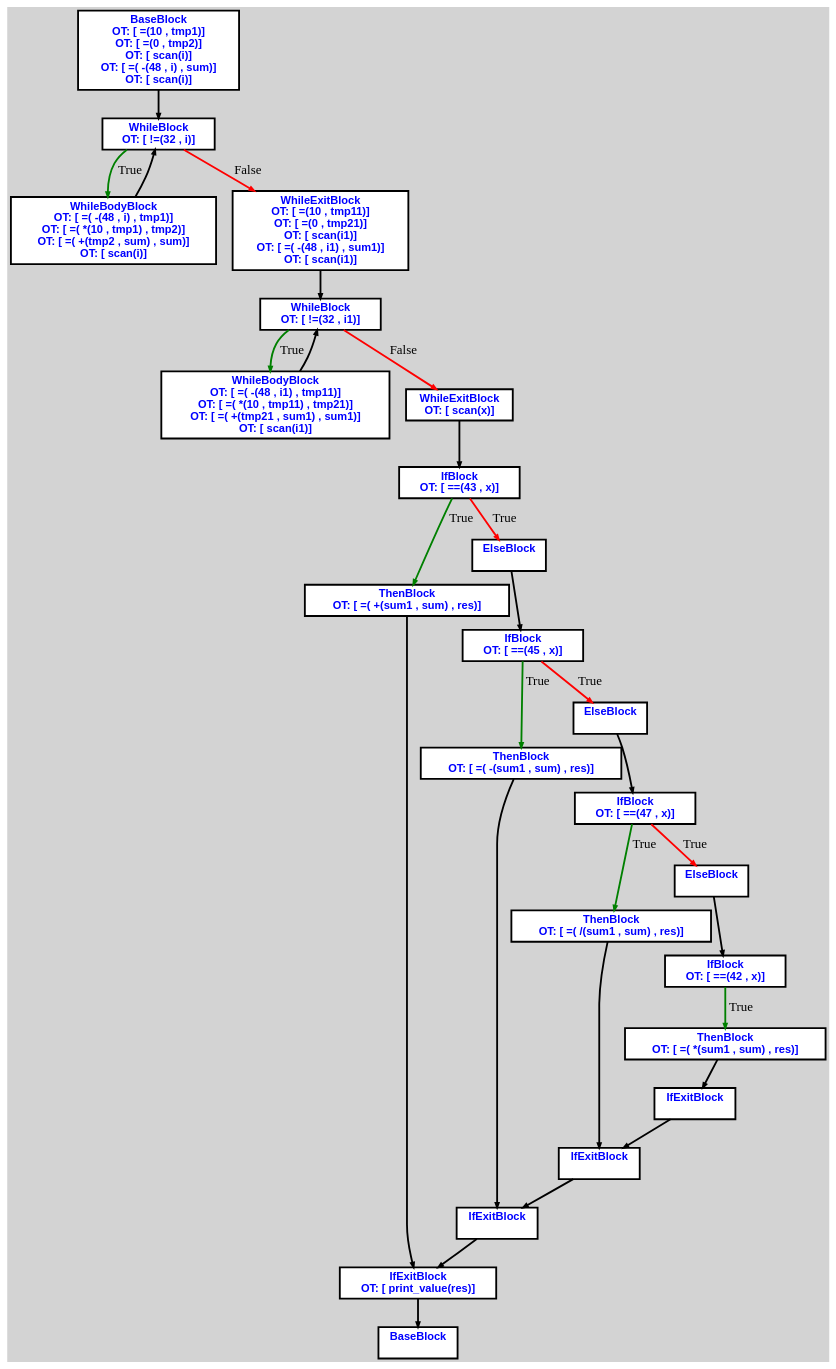
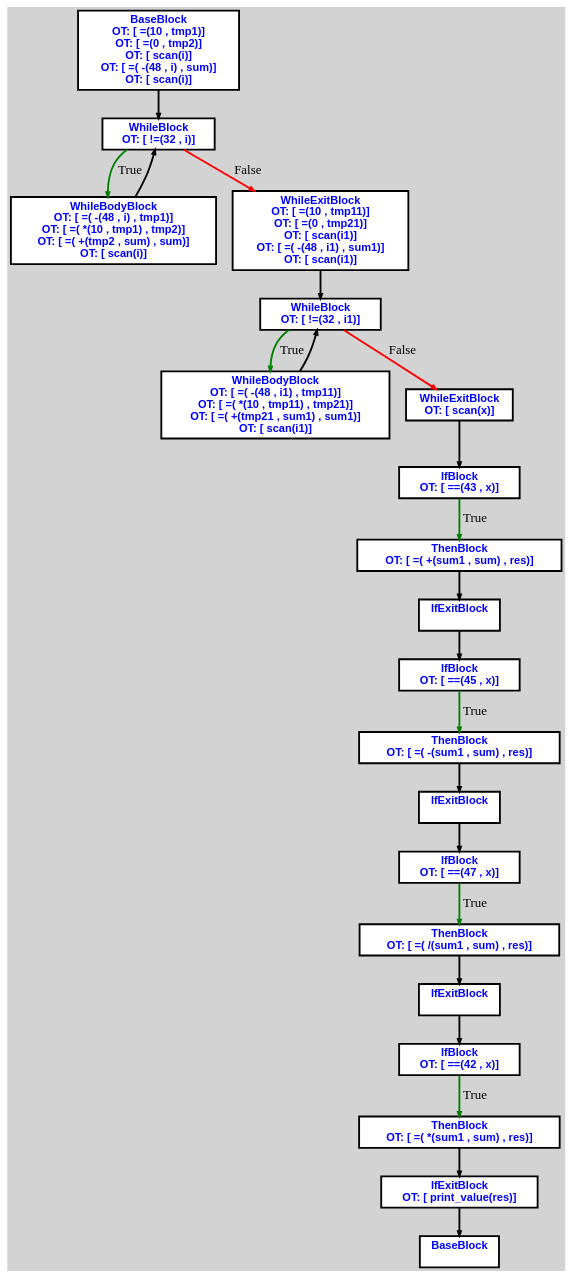
One commit to aveen007/CountingMonkeys changed the diagram in cpoCompilerWin/input2.txt.calculator.dot. Above: the diagram before and after it, drawn with Graphviz. The commit also changed 11 other files, not shown here.

```diff
--- a/cpoCompilerWin/input2.txt.calculator.dot
+++ b/cpoCompilerWin/input2.txt.calculator.dot
@@ -1,87 +1,78 @@
 digraph G {
 ordering=out;
 ranksep=.4;
 bgcolor="lightgrey";  node [shape=box, fixedsize=false, fontsize=12, fontname="Helvetica-bold", fontcolor="blue"
 width=.25, height=.25, color="black", fillcolor="white", style="filled, solid, bold"];
 
-edge [arrowsize=.5, color="black", style="bold"]    n000011CE4EE215E0 [label="BaseBlock\n OT: [ =(10 , tmp1)]
+edge [arrowsize=.5, color="black", style="bold"]    n000011823B0215E0 [label="BaseBlock\n OT: [ =(10 , tmp1)]
 OT: [ =(0 , tmp2)]
 OT: [ scan(i)]
 OT: [ =( -(48 , i) , sum)]
 OT: [ scan(i)]
 "]
-    n000011CE4EE21640 [label="WhileBlock\n OT: [ !=(32 , i)]
+    n000011823B021640 [label="WhileBlock\n OT: [ !=(32 , i)]
 "]
-    n000011CE4EE215E0 -> n000011CE4EE21640
-	   n000011CE4EE21640 -> n000011CE4EE216A0 [ label = "True" color="green"]
-    n000011CE4EE216A0 [label="WhileBodyBlock\n OT: [ =( -(48 , i) , tmp1)]
+    n000011823B0215E0 -> n000011823B021640
+	   n000011823B021640 -> n000011823B0216A0 [ label = "True" color="green"]
+    n000011823B0216A0 [label="WhileBodyBlock\n OT: [ =( -(48 , i) , tmp1)]
 OT: [ =( *(10 , tmp1) , tmp2)]
 OT: [ =( +(tmp2 , sum) , sum)]
 OT: [ scan(i)]
 "]
-    n000011CE4EE216A0 -> n000011CE4EE21640
-	   n000011CE4EE21640 -> n000011CE4EE21700 [ label = "False" color="red"]
-    n000011CE4EE21700 [label="WhileExitBlock\n OT: [ =(10 , tmp11)]
+    n000011823B0216A0 -> n000011823B021640
+	   n000011823B021640 -> n000011823B021700 [ label = "False" color="red"]
+    n000011823B021700 [label="WhileExitBlock\n OT: [ =(10 , tmp11)]
 OT: [ =(0 , tmp21)]
 OT: [ scan(i1)]
 OT: [ =( -(48 , i1) , sum1)]
 OT: [ scan(i1)]
 "]
-    n000011CE4EE21760 [label="WhileBlock\n OT: [ !=(32 , i1)]
+    n000011823B021760 [label="WhileBlock\n OT: [ !=(32 , i1)]
 "]
-    n000011CE4EE21700 -> n000011CE4EE21760
-	   n000011CE4EE21760 -> n000011CE4EE217C0 [ label = "True" color="green"]
-    n000011CE4EE217C0 [label="WhileBodyBlock\n OT: [ =( -(48 , i1) , tmp11)]
+    n000011823B021700 -> n000011823B021760
+	   n000011823B021760 -> n000011823B0217C0 [ label = "True" color="green"]
+    n000011823B0217C0 [label="WhileBodyBlock\n OT: [ =( -(48 , i1) , tmp11)]
 OT: [ =( *(10 , tmp11) , tmp21)]
 OT: [ =( +(tmp21 , sum1) , sum1)]
 OT: [ scan(i1)]
 "]
-    n000011CE4EE217C0 -> n000011CE4EE21760
-	   n000011CE4EE21760 -> n000011CE4EE21820 [ label = "False" color="red"]
-    n000011CE4EE21820 [label="WhileExitBlock\n OT: [ scan(x)]
+    n000011823B0217C0 -> n000011823B021760
+	   n000011823B021760 -> n000011823B021820 [ label = "False" color="red"]
+    n000011823B021820 [label="WhileExitBlock\n OT: [ scan(x)]
 "]
-    n000011CE4EE218E0 [label="IfBlock\n OT: [ ==(43 , x)]
+    n000011823B0218E0 [label="IfBlock\n OT: [ ==(43 , x)]
 "]
-    n000011CE4EE21820 -> n000011CE4EE218E0
-    n000011CE4EE218E0 -> n000011CE4EE21940 [label="True" color="green"]
-    n000011CE4EE21940 [label="ThenBlock\n OT: [ =( +(sum1 , sum) , res)]
+    n000011823B021820 -> n000011823B0218E0
+    n000011823B0218E0 -> n000011823B021940 [label="True" color="green"]
+    n000011823B021940 [label="ThenBlock\n OT: [ =( +(sum1 , sum) , res)]
 "]
-    n000011CE4EE21E20 [label="IfExitBlock\n OT: [ print_value(res)]
+    n000011823B0219A0 [label="IfExitBlock\n "]
+    n000011823B021940 -> n000011823B0219A0
+    n000011823B021A00 [label="IfBlock\n OT: [ ==(45 , x)]
 "]
-    n000011CE4EE21940 -> n000011CE4EE21E20
-    n000011CE4EE21EE0 [label="BaseBlock\n "]
-    n000011CE4EE21E20 -> n000011CE4EE21EE0
-    n000011CE4EE218E0 -> n000011CE4EE219A0 [label="True" color="red"]
-    n000011CE4EE219A0 [label="ElseBlock\n "]
-    n000011CE4EE21A00 [label="IfBlock\n OT: [ ==(45 , x)]
+    n000011823B0219A0 -> n000011823B021A00
+    n000011823B021A00 -> n000011823B021A60 [label="True" color="green"]
+    n000011823B021A60 [label="ThenBlock\n OT: [ =( -(sum1 , sum) , res)]
 "]
-    n000011CE4EE219A0 -> n000011CE4EE21A00
-    n000011CE4EE21A00 -> n000011CE4EE21A60 [label="True" color="green"]
-    n000011CE4EE21A60 [label="ThenBlock\n OT: [ =( -(sum1 , sum) , res)]
+    n000011823B021AC0 [label="IfExitBlock\n "]
+    n000011823B021A60 -> n000011823B021AC0
+    n000011823B021B20 [label="IfBlock\n OT: [ ==(47 , x)]
 "]
-    n000011CE4EE21DC0 [label="IfExitBlock\n "]
-    n000011CE4EE21A60 -> n000011CE4EE21DC0
-    n000011CE4EE21DC0 -> n000011CE4EE21E20
-    n000011CE4EE21A00 -> n000011CE4EE21AC0 [label="True" color="red"]
-    n000011CE4EE21AC0 [label="ElseBlock\n "]
-    n000011CE4EE21B20 [label="IfBlock\n OT: [ ==(47 , x)]
+    n000011823B021AC0 -> n000011823B021B20
+    n000011823B021B20 -> n000011823B021B80 [label="True" color="green"]
+    n000011823B021B80 [label="ThenBlock\n OT: [ =( /(sum1 , sum) , res)]
 "]
-    n000011CE4EE21AC0 -> n000011CE4EE21B20
-    n000011CE4EE21B20 -> n000011CE4EE21B80 [label="True" color="green"]
-    n000011CE4EE21B80 [label="ThenBlock\n OT: [ =( /(sum1 , sum) , res)]
+    n000011823B021BE0 [label="IfExitBlock\n "]
+    n000011823B021B80 -> n000011823B021BE0
+    n000011823B021C40 [label="IfBlock\n OT: [ ==(42 , x)]
 "]
-    n000011CE4EE21D60 [label="IfExitBlock\n "]
-    n000011CE4EE21B80 -> n000011CE4EE21D60
-    n000011CE4EE21D60 -> n000011CE4EE21DC0
-    n000011CE4EE21B20 -> n000011CE4EE21BE0 [label="True" color="red"]
-    n000011CE4EE21BE0 [label="ElseBlock\n "]
-    n000011CE4EE21C40 [label="IfBlock\n OT: [ ==(42 , x)]
+    n000011823B021BE0 -> n000011823B021C40
+    n000011823B021C40 -> n000011823B021CA0 [label="True" color="green"]
+    n000011823B021CA0 [label="ThenBlock\n OT: [ =( *(sum1 , sum) , res)]
 "]
-    n000011CE4EE21BE0 -> n000011CE4EE21C40
-    n000011CE4EE21C40 -> n000011CE4EE21CA0 [label="True" color="green"]
-    n000011CE4EE21CA0 [label="ThenBlock\n OT: [ =( *(sum1 , sum) , res)]
+    n000011823B021D00 [label="IfExitBlock\n OT: [ print_value(res)]
 "]
-    n000011CE4EE21D00 [label="IfExitBlock\n "]
-    n000011CE4EE21CA0 -> n000011CE4EE21D00
-    n000011CE4EE21D00 -> n000011CE4EE21D60
+    n000011823B021CA0 -> n000011823B021D00
+    n000011823B021DC0 [label="BaseBlock\n "]
+    n000011823B021D00 -> n000011823B021DC0
 }
```
